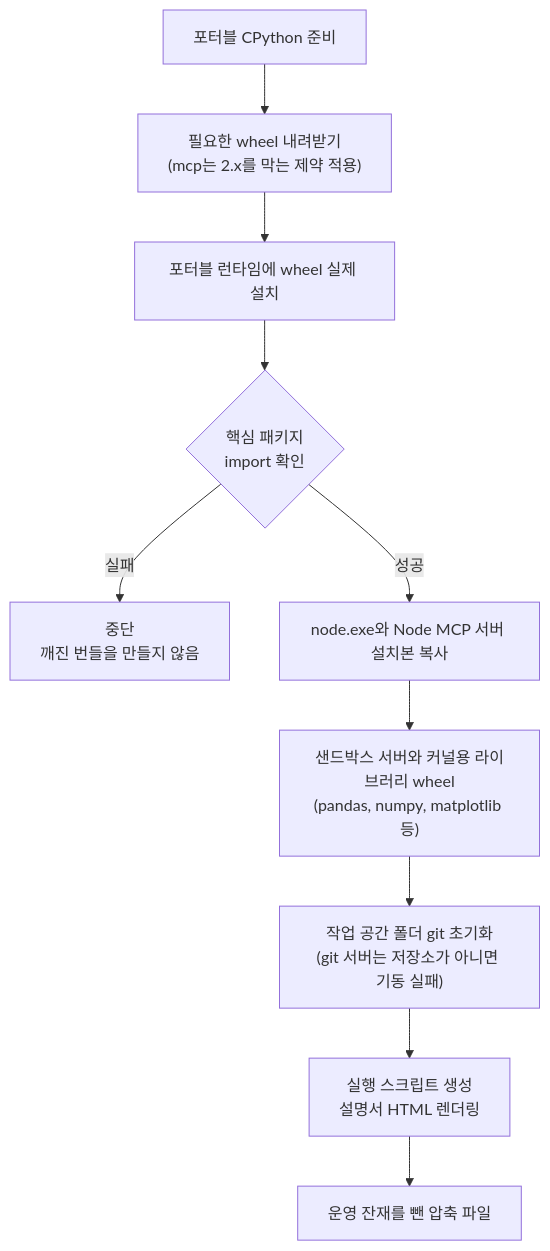
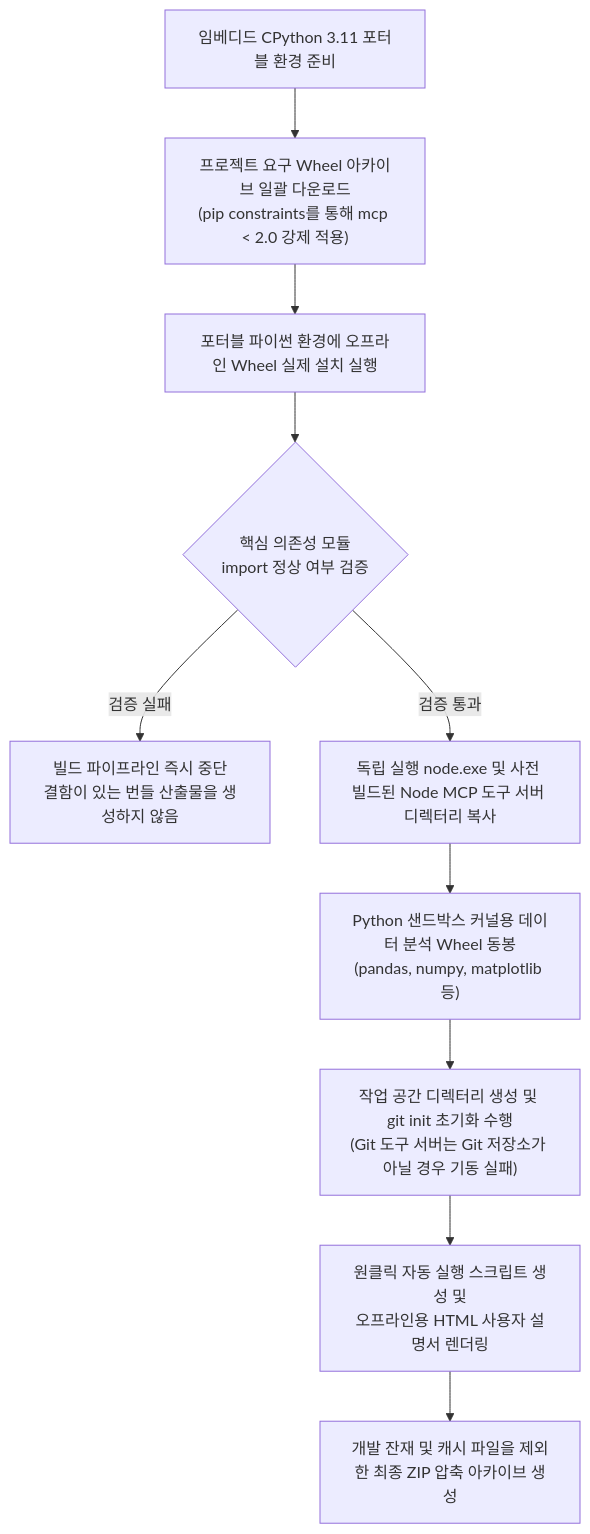
Before and after one commit to HaJaehee/MultiAgentDebateAndOrchestrationPlatform: the third of 3 diagrams in lectures/03-architecture/03-deployment-view.md, drawn with Mermaid. The commit also changed other lines of this file and 39 other files, not shown here.

````diff
--- a/lectures/03-architecture/03-deployment-view.md
+++ b/lectures/03-architecture/03-deployment-view.md
@@ -220,12 +188,12 @@
 ```mermaid
 flowchart TB
-    a["포터블 CPython 준비"] --> b["필요한 wheel 내려받기<br/>(mcp는 2.x를 막는 제약 적용)"]
-    b --> c["포터블 런타임에 wheel 실제 설치"]
-    c --> d{"핵심 패키지<br/>import 확인"}
-    d -->|"실패"| stop["중단<br/>깨진 번들을 만들지 않음"]
-    d -->|"성공"| e["node.exe와 Node MCP 서버 설치본 복사"]
-    e --> f["샌드박스 서버와 커널용 라이브러리 wheel<br/>(pandas, numpy, matplotlib 등)"]
-    f --> g["작업 공간 폴더 git 초기화<br/>(git 서버는 저장소가 아니면 기동 실패)"]
-    g --> h["실행 스크립트 생성<br/>설명서 HTML 렌더링"]
-    h --> i["운영 잔재를 뺀 압축 파일"]
+    a["임베디드 CPython 3.11 포터블 환경 준비"] --> b["프로젝트 요구 Wheel 아카이브 일괄 다운로드<br/>(pip constraints를 통해 mcp < 2.0 강제 적용)"]
+    b --> c["포터블 파이썬 환경에 오프라인 Wheel 실제 설치 실행"]
+    c --> d{"핵심 의존성 모듈<br/>import 정상 여부 검증"}
+    d -->|"검증 실패"| stop["빌드 파이프라인 즉시 중단<br/>결함이 있는 번들 산출물을 생성하지 않음"]
+    d -->|"검증 통과"| e["독립 실행 node.exe 및 사전 빌드된 Node MCP 도구 서버 디렉터리 복사"]
+    e --> f["Python 샌드박스 커널용 데이터 분석 Wheel 동봉<br/>(pandas, numpy, matplotlib 등)"]
+    f --> g["작업 공간 디렉터리 생성 및 git init 초기화 수행<br/>(Git 도구 서버는 Git 저장소가 아닐 경우 기동 실패)"]
+    g --> h["원클릭 자동 실행 스크립트 생성 및<br/>오프라인용 HTML 사용자 설명서 렌더링"]
+    h --> i["개발 잔재 및 캐시 파일을 제외한 최종 ZIP 압축 아카이브 생성"]
 ```
````
